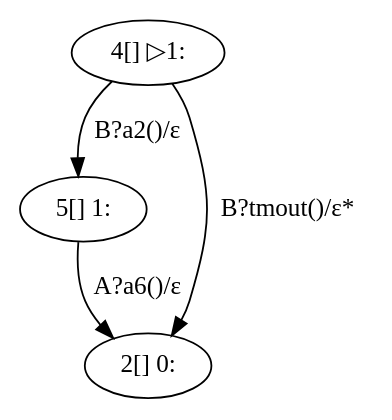
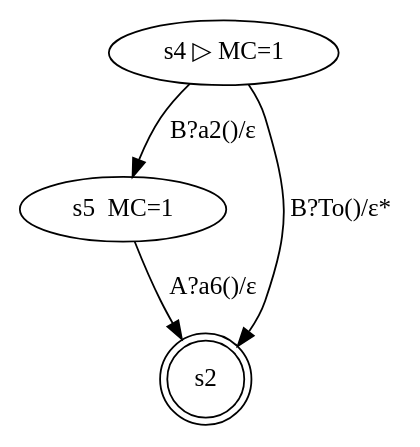
One commit to LauraVoinea/scribble-java changed the diagram in generated/Timeout/C.dot. Above: the diagram before and after it, drawn with Graphviz. The commit also changed 15 other files, not shown here.

```diff
--- a/generated/Timeout/C.dot
+++ b/generated/Timeout/C.dot
@@ -1,9 +1,9 @@
 digraph G {
 compound = true;
-"4" [ label="4[] ▷1:" ];
-"5" [ label="5[] 1:" ];
-"2" [ label="2[] 0:" ];
-"4" -> "2" [ label="B?tmout()/ε*" ];
+"4" [ label="s4 ▷ MC=1" ];
+"5" [ label="s5  MC=1" ];
+"2" [ label="s2",shape=doublecircle ];
+"4" -> "2" [ label="B?To()/ε*" ];
 "4" -> "5" [ label="B?a2()/ε" ];
 "5" -> "2" [ label="A?a6()/ε" ];
 }
```
